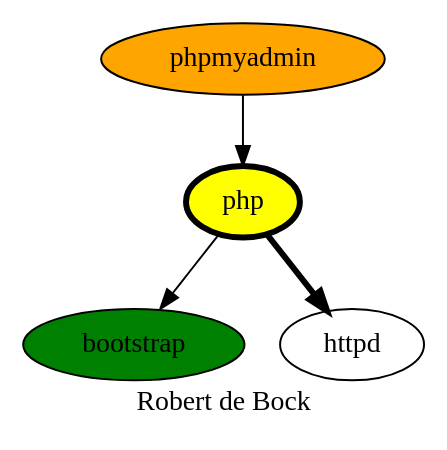
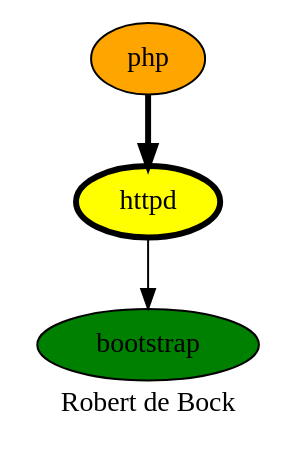
Before and after one commit to robertdebock/robertdebock.github.io: the diagram in php.dot, drawn with Graphviz. The commit also changed 1 other file, not shown here.

Commit message:
Fix dependency on php.

```diff
--- a/php.dot
+++ b/php.dot
@@ -1,12 +1,11 @@
 digraph PhiloDilemma {
   label = "Robert de Bock" ;
   overlap=false
   {
     bootstrap [fillcolor=green style=filled]
-    php [fillcolor=yellow style=filled penwidth=3]
-    phpmyadmin [fillcolor=orange style=filled]
+    httpd [fillcolor=yellow style=filled penwidth=3]
+    php [fillcolor=orange style=filled]
   }
-  php -> bootstrap
   php -> httpd [penwidth=3]
-  phpmyadmin -> php
+  httpd -> bootstrap
 }
```
